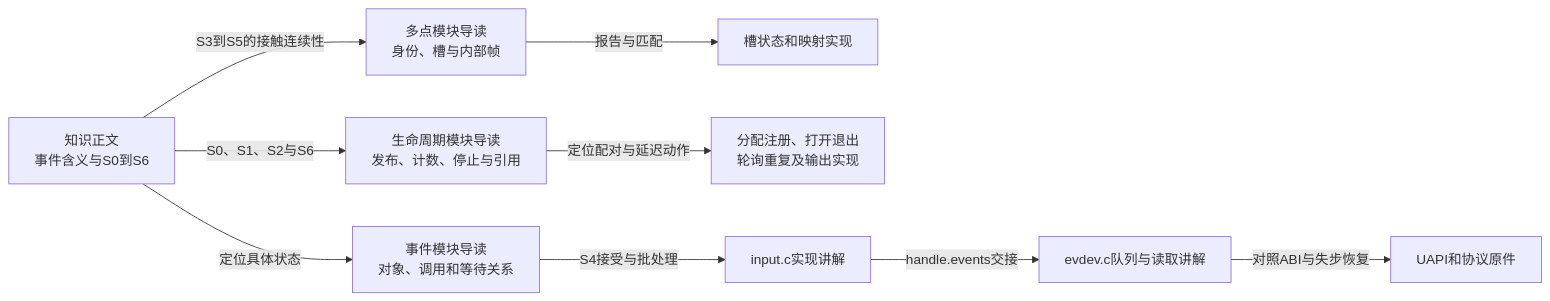
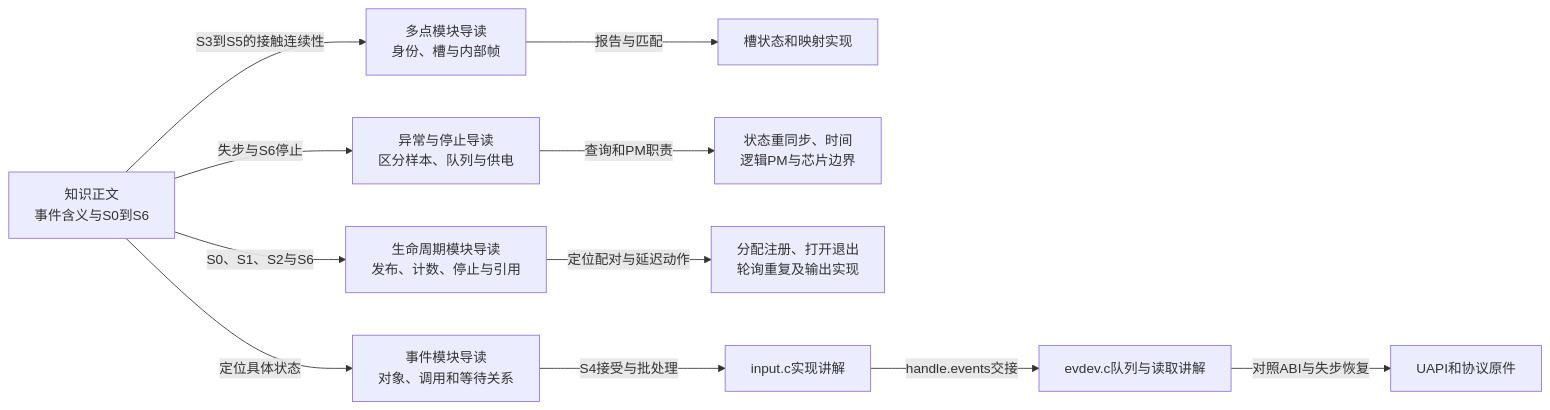
One commit to FormingSystem/linux_note changed the diagram in research/source_reading/input/navigation/P01_Linux_6.12_Input源码阅读索引.md. Above: the diagram before and after it, drawn with Mermaid. The commit also changed other lines of this file and 8 other files, not shown here.

````diff
--- a/research/source_reading/input/navigation/P01_Linux_6.12_Input源码阅读索引.md
+++ b/research/source_reading/input/navigation/P01_Linux_6.12_Input源码阅读索引.md
@@ -35,11 +35,13 @@
 ```mermaid
 flowchart LR
     k["知识正文<br/>事件含义与S0到S6"] -->|"定位具体状态"| n["事件模块导读<br/>对象、调用和等待关系"]
     k -->|"S3到S5的接触连续性"| mt["多点模块导读<br/>身份、槽与内部帧"]
     mt -->|"报告与匹配"| mtimpl["槽状态和映射实现"]
+    k -->|"失步与S6停止"| fail["异常与停止导读<br/>区分样本、队列与供电"]
+    fail -->|"查询和PM职责"| failimpl["状态重同步、时间<br/>逻辑PM与芯片边界"]
     k -->|"S0、S1、S2与S6"| life["生命周期模块导读<br/>发布、计数、停止与引用"]
     life -->|"定位配对与延迟动作"| impl["分配注册、打开退出<br/>轮询重复及输出实现"]
     n -->|"S4接受与批处理"| c["input.c实现讲解"]
     c -->|"handle.events交接"| e["evdev.c队列与读取讲解"]
     e -->|"对照ABI与失步恢复"| u["UAPI和协议原件"]
 ```
````
